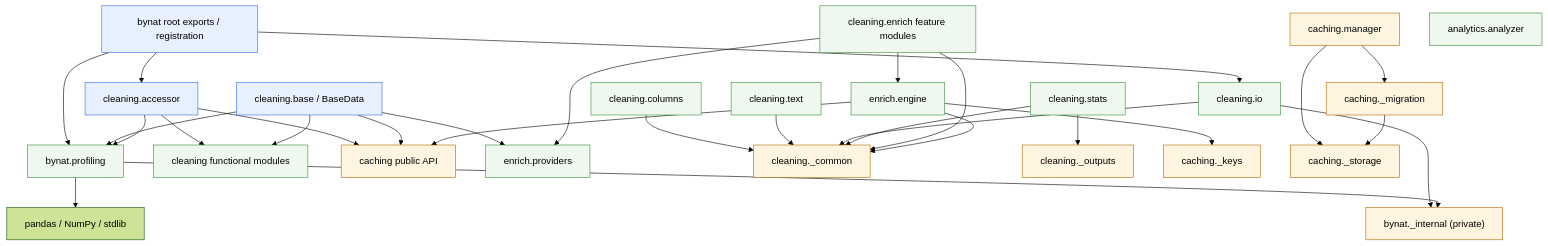
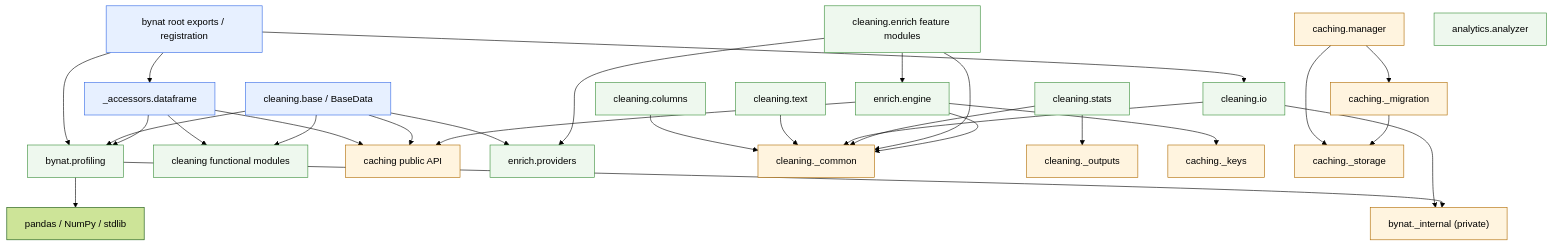
Before and after one commit to bynat-lab/bynat: the second of 3 diagrams in docs/ARCHITECTURE_RESEARCH.md, drawn with Mermaid (forest theme). The commit also changed other lines of this file and 17 other files, not shown here.

First line of the commit message:
refactor(architecture): move DataFrame accessor into dedicated package

````diff
--- a/docs/ARCHITECTURE_RESEARCH.md
+++ b/docs/ARCHITECTURE_RESEARCH.md
@@ -592,44 +605,44 @@
 ```mermaid
 flowchart TD
-    Root["bynat root exports / registration"] --> Accessor["cleaning.accessor"]
+    Root["bynat root exports / registration"] --> Accessor["_accessors.dataframe"]
     Root --> IO["cleaning.io"]
     Root --> Profiling["bynat.profiling"]
 
     Accessor --> CleaningFns["cleaning functional modules"]
     Accessor --> Cache["caching public API"]
     Base["cleaning.base / BaseData"] --> CleaningFns
     Base --> Cache
     Base --> Providers["enrich.providers"]
     Base --> Profiling
 
     Columns["cleaning.columns"] --> Common["cleaning._common"]
     Text["cleaning.text"] --> Common
     IO --> Common
     Stats["cleaning.stats"] --> Common
     Stats --> Outputs["cleaning._outputs"]
 
     Enrich["cleaning.enrich feature modules"] --> Engine["enrich.engine"]
     Enrich --> Providers
     Enrich --> Common
     Engine --> Cache
     Engine --> CacheKeys["caching._keys"]
     Engine --> Common
 
     Manager["caching.manager"] --> Storage["caching._storage"]
     Manager --> Migration["caching._migration"]
     Migration --> Storage
 
     Analytics["analytics.analyzer"]
     Profiling["bynat.profiling"] --> Pandas["pandas / NumPy / stdlib"]
     Accessor --> Profiling
     Internal["bynat._internal (private)"]
     IO --> Internal
     Profiling --> Internal
 
     classDef facade fill:#e7f0ff,stroke:#356ae6;
     classDef domain fill:#eef8ee,stroke:#3a8f3a;
     classDef infra fill:#fff4df,stroke:#b06b00;
     class Accessor,Base,Root facade;
     class CleaningFns,Columns,Text,IO,Stats,Profiling,Enrich,Engine,Providers,Analytics domain;
     class Cache,CacheKeys,Manager,Storage,Migration,Common,Outputs,Internal infra;
 ```
````
